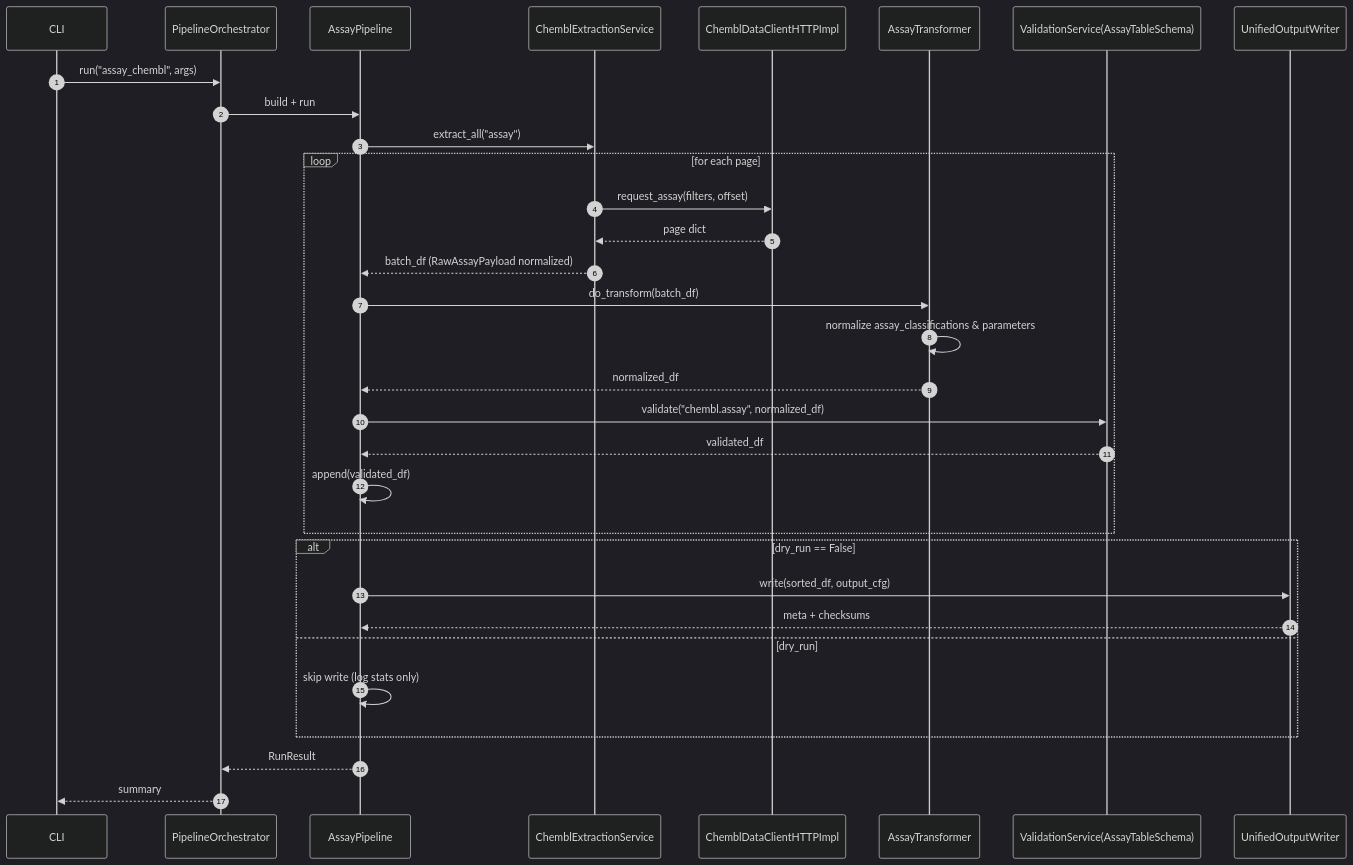
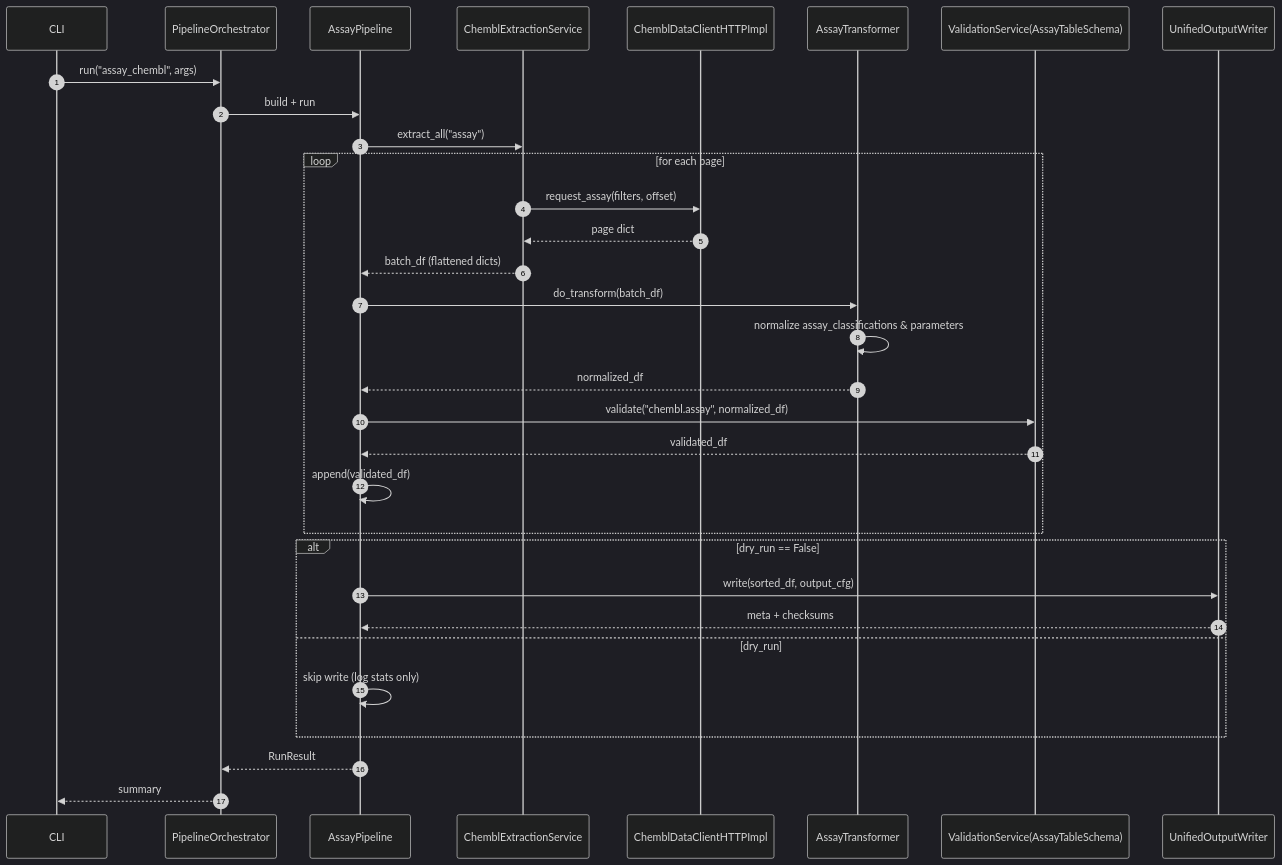
Before and after one commit to SatoryKono/BioactivityDataAcquisition: the diagram in docs/application/pipelines/chembl/assay/diagrams/sequence/assay-main-sequence.mmd, drawn with Mermaid (dark theme). The commit also changed 57 other files, not shown here.

```diff
--- a/docs/application/pipelines/chembl/assay/diagrams/sequence/assay-main-sequence.mmd
+++ b/docs/application/pipelines/chembl/assay/diagrams/sequence/assay-main-sequence.mmd
@@ -1,33 +1,33 @@
 sequenceDiagram
     autonumber
     participant CLI as CLI
     participant Orchestrator as PipelineOrchestrator
     participant Pipeline as AssayPipeline
     participant Extraction as ChemblExtractionService
     participant DataClient as ChemblDataClientHTTPImpl
     participant Transformer as AssayTransformer
     participant Validator as ValidationService(AssayTableSchema)
     participant Writer as UnifiedOutputWriter
 
     CLI->>Orchestrator: run("assay_chembl", args)
     Orchestrator->>Pipeline: build + run
     Pipeline->>Extraction: extract_all("assay")
     loop for each page
         Extraction->>DataClient: request_assay(filters, offset)
         DataClient-->>Extraction: page dict
-        Extraction-->>Pipeline: batch_df (RawAssayPayload normalized)
+        Extraction-->>Pipeline: batch_df (flattened dicts)
         Pipeline->>Transformer: do_transform(batch_df)
         Transformer->>Transformer: normalize assay_classifications & parameters
         Transformer-->>Pipeline: normalized_df
         Pipeline->>Validator: validate("chembl.assay", normalized_df)
         Validator-->>Pipeline: validated_df
         Pipeline->>Pipeline: append(validated_df)
     end
     alt dry_run == False
         Pipeline->>Writer: write(sorted_df, output_cfg)
         Writer-->>Pipeline: meta + checksums
     else dry_run
         Pipeline->>Pipeline: skip write (log stats only)
     end
     Pipeline-->>Orchestrator: RunResult
     Orchestrator-->>CLI: summary
```
